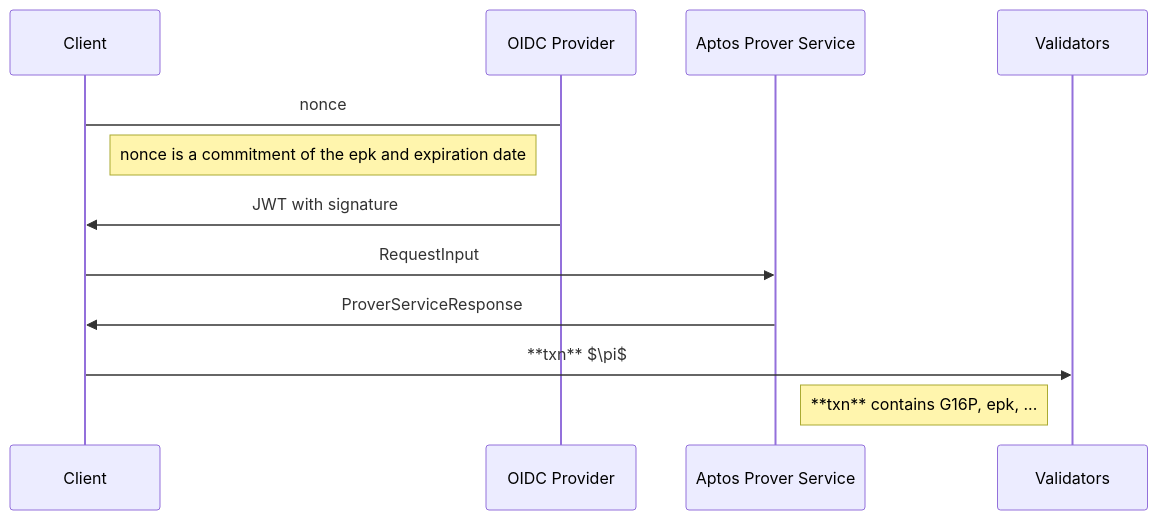
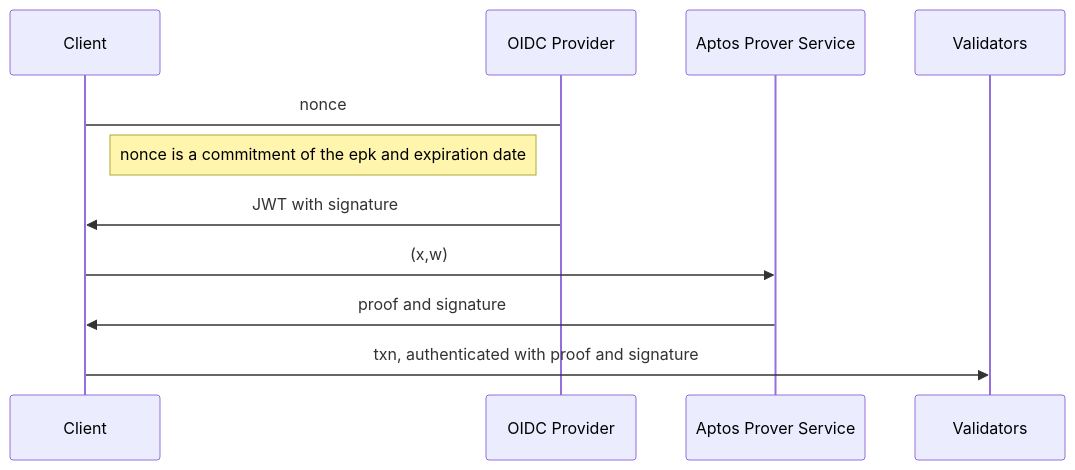
One commit to aptos-foundation/AIPs changed the diagram in aips/aip-x.md. Above: the diagram before and after it, drawn with Mermaid.

````diff
--- a/aips/aip-x.md
+++ b/aips/aip-x.md
@@ -88,12 +88,9 @@
 ```mermaid
 sequenceDiagram
 Client->OIDC Provider: nonce
 Note left of OIDC Provider: nonce is a commitment of the epk and expiration date
 OIDC Provider->>Client: JWT with signature
-Client->>Aptos Prover Service: RequestInput
-Aptos Prover Service->>Client: ProverServiceResponse
-Client ->> Validators: **txn** $\pi$
-Note left of Validators: **txn** contains G16P, epk, ...
-
-
+Client->>Aptos Prover Service: (x,w)
+Aptos Prover Service->>Client: proof and signature
+Client ->> Validators: txn, authenticated with proof and signature
 ```
````
